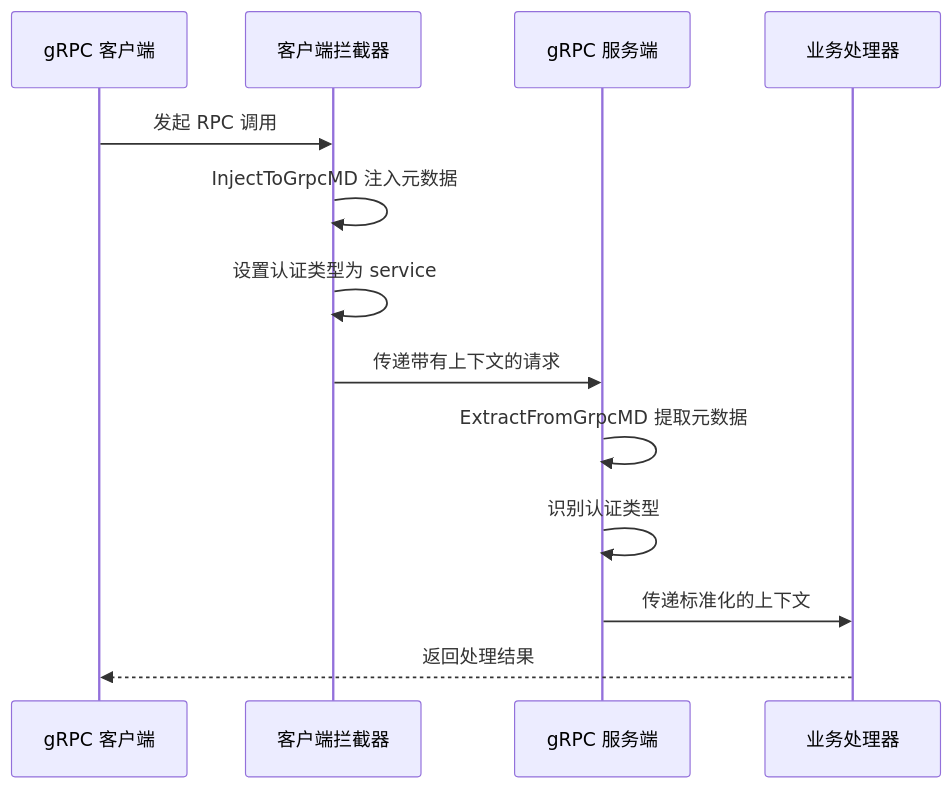
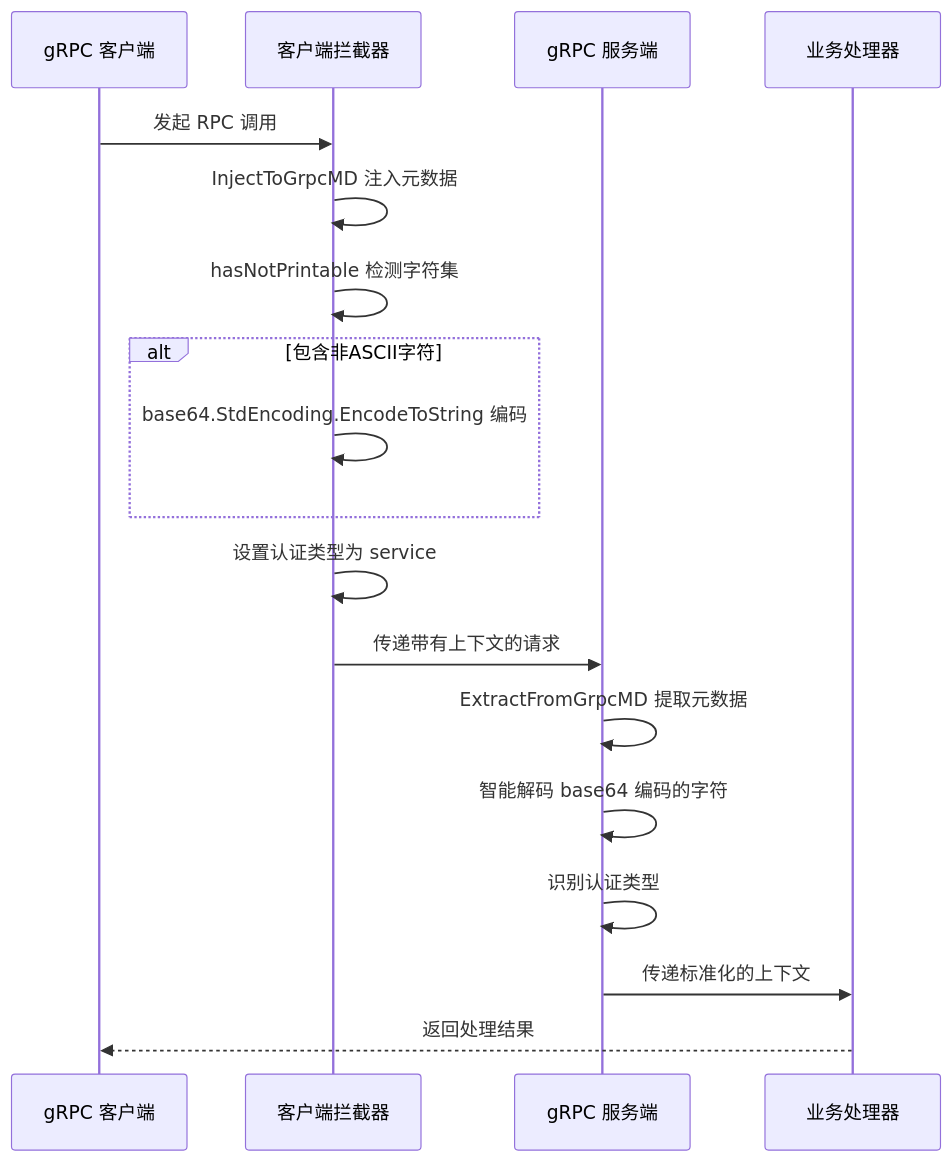
The fifth of 19 diagrams in .qoder/repowiki/zh/content/Ctxdata Context Management.md (maomao94/zero-service), drawn with Mermaid before and after one commit. The commit also changed other lines of this file and 42 other files, not shown here.

````diff
--- a/.qoder/repowiki/zh/content/Ctxdata Context Management.md
+++ b/.qoder/repowiki/zh/content/Ctxdata Context Management.md
@@ -258,15 +295,20 @@
 ```mermaid
 sequenceDiagram
 participant Client as gRPC 客户端
 participant Interceptor as 客户端拦截器
 participant Server as gRPC 服务端
 participant Handler as 业务处理器
 Client->>Interceptor : 发起 RPC 调用
 Interceptor->>Interceptor : InjectToGrpcMD 注入元数据
+Interceptor->>Interceptor : hasNotPrintable 检测字符集
+alt 包含非ASCII字符
+Interceptor->>Interceptor : base64.StdEncoding.EncodeToString 编码
+end
 Interceptor->>Interceptor : 设置认证类型为 service
 Interceptor->>Server : 传递带有上下文的请求
 Server->>Server : ExtractFromGrpcMD 提取元数据
+Server->>Server : 智能解码 base64 编码的字符
 Server->>Server : 识别认证类型
 Server->>Handler : 传递标准化的上下文
 Handler-->>Client : 返回处理结果
 ```
````
